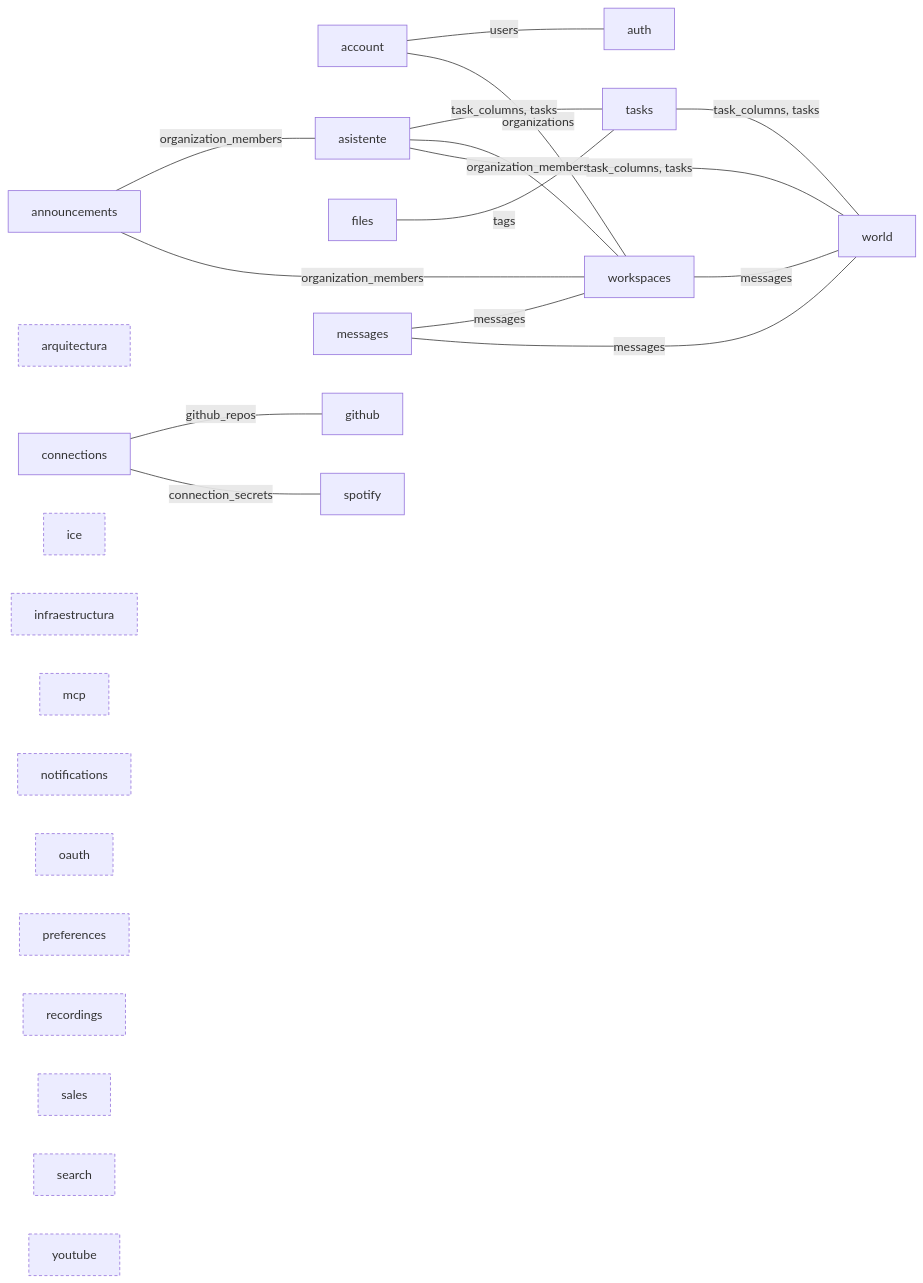
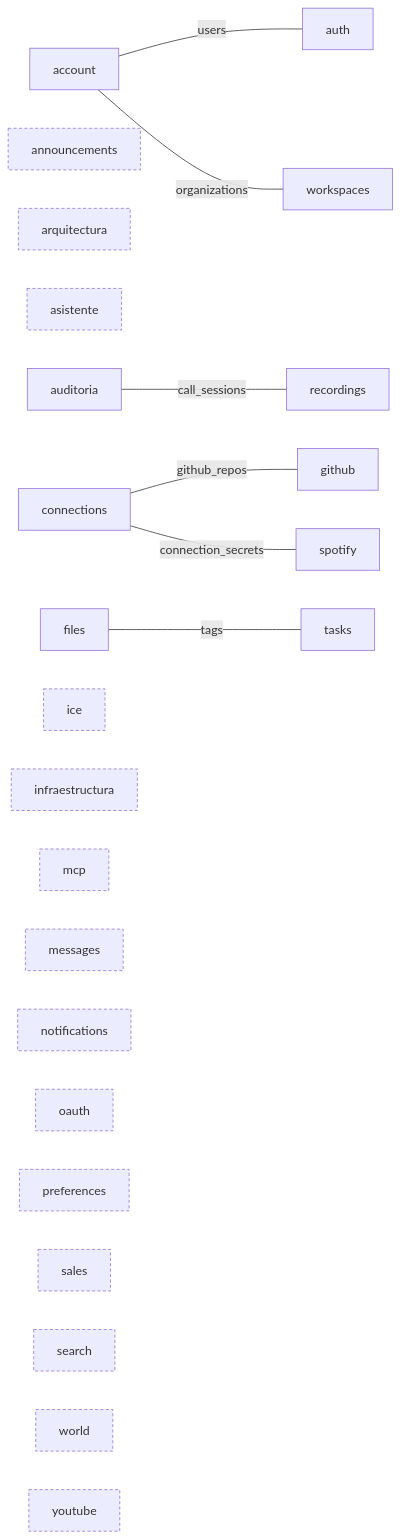
One commit to BBMC-S-S-A/DevUP changed the first of 2 diagrams in GRAFO.md. Above: the diagram before and after it, drawn with Mermaid. The commit also changed other lines of this file and 13 other files, not shown here.

````diff
--- a/GRAFO.md
+++ b/GRAFO.md
@@ -16,41 +16,34 @@
 ```mermaid
 graph LR
   account["account"]
-  announcements["announcements"]
+  announcements["announcements"]:::isla
   arquitectura["arquitectura"]:::isla
-  asistente["asistente"]
+  asistente["asistente"]:::isla
+  auditoria["auditoria"]
   auth["auth"]
   connections["connections"]
   files["files"]
   github["github"]
   ice["ice"]:::isla
   infraestructura["infraestructura"]:::isla
   mcp["mcp"]:::isla
-  messages["messages"]
+  messages["messages"]:::isla
   notifications["notifications"]:::isla
   oauth["oauth"]:::isla
   preferences["preferences"]:::isla
-  recordings["recordings"]:::isla
+  recordings["recordings"]
   sales["sales"]:::isla
   search["search"]:::isla
   spotify["spotify"]
   tasks["tasks"]
   workspaces["workspaces"]
-  world["world"]
+  world["world"]:::isla
   youtube["youtube"]:::isla
   account --- |users| auth
   account --- |organizations| workspaces
-  announcements --- |organization_members| asistente
-  announcements --- |organization_members| workspaces
-  asistente --- |task_columns, tasks| tasks
-  asistente --- |organization_members| workspaces
-  asistente --- |task_columns, tasks| world
+  auditoria --- |call_sessions| recordings
   connections --- |github_repos| github
   connections --- |connection_secrets| spotify
   files --- |tags| tasks
-  messages --- |messages| workspaces
-  messages --- |messages| world
-  tasks --- |task_columns, tasks| world
-  workspaces --- |messages| world
   classDef isla stroke-dasharray: 4 3;
 ```
````
